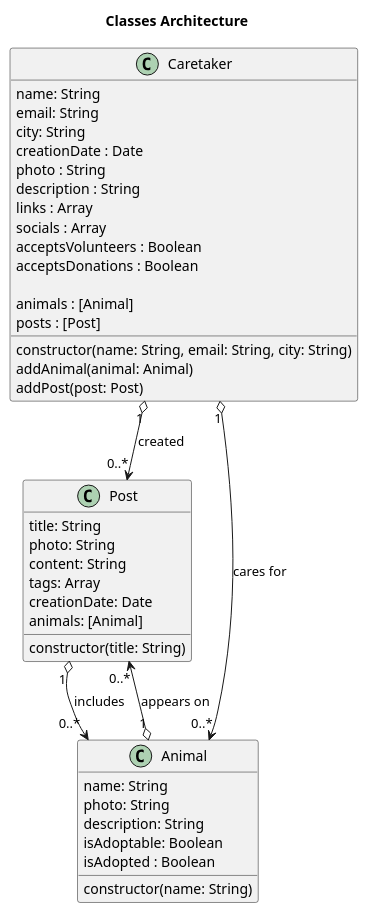
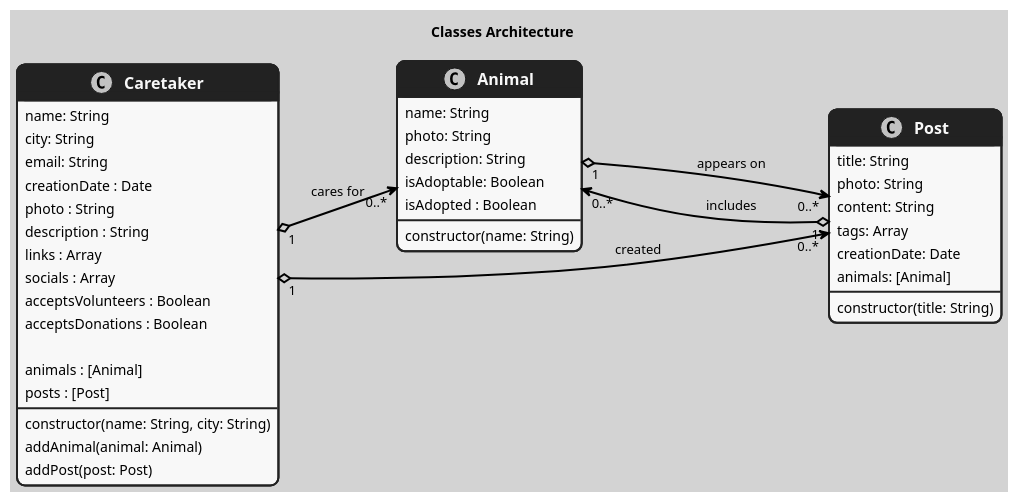
The diagram in diagrams/class.puml (gabysantosw/codename-paws), drawn with PlantUML before and after one commit.

Commit message:
Fix formatting and styling for diagram

```diff
--- a/diagrams/class.puml
+++ b/diagrams/class.puml
@@ -1,50 +1,66 @@
 @startuml Classes Diagram 
 Title Classes Architecture
 
+left to right direction
+skinparam Monochrome true
+skinparam BackgroundColor LightGray
+skinparam ClassBackgroundColor GhostWhite
+skinparam ClassFontSize 16
+skinparam ClassFontStyle bold
+skinparam ClassBorderThickness 2
+skinparam ClassBorderColor midnightblue
+skinparam ClassHeaderBackgroundColor midnightblue
+skinparam ClassFontColor ghostwhite
+skinparam ArrowColor black
+skinparam ArrowThickness 2
+skinparam roundCorner 16
+skinparam Shadowing false
+skinparam Padding 2
+
 class Caretaker {
   name: String
+  city: String
   email: String
-  city: String
   creationDate : Date
   photo : String
   description : String
   links : Array
   socials : Array
   acceptsVolunteers : Boolean
   acceptsDonations : Boolean
 
   animals : [Animal]
   posts : [Post]
 
-  constructor(name: String, email: String, city: String)
+  constructor(name: String, city: String)
   addAnimal(animal: Animal)
   addPost(post: Post)
+}
+
+class Animal {
+  name: String
+  photo: String
+  description: String
+  isAdoptable: Boolean
+  isAdopted : Boolean
+  
+  constructor(name: String)
 }
 
 class Post {
   title: String
   photo: String
   content: String
   tags: Array
   creationDate: Date
   animals: [Animal]
     
   constructor(title: String)
 }
 
-class Animal {
-  name: String
-  photo: String
-  description: String
-  isAdoptable: Boolean
-  isAdopted : Boolean
-  
-  constructor(name: String)
-    
-}
 
 Caretaker "1" o--> "0..*" Animal : cares for
 Caretaker "1" o--> "0..*" Post : created
+Animal "1" o---> "0..*" Post : appears on
 Post "1" o--> "0..*" Animal : includes
-Animal "1" o--> "0..*" Post : appears on
 @enduml
```
